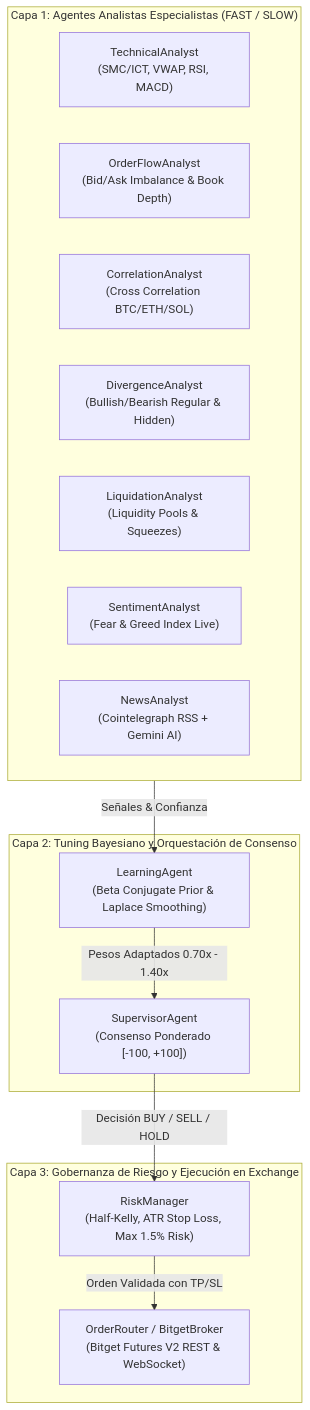
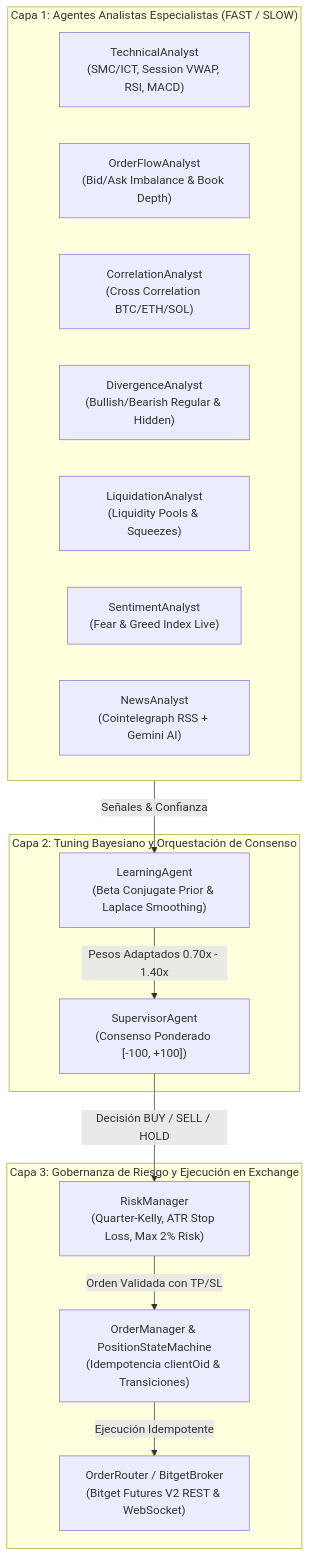
One commit to jsoto-06/Atlas-AI-Trading changed the diagram in README.md. Above: the diagram before and after it, drawn with Mermaid. The commit also changed other lines of this file and 26 other files, not shown here.

Commit message:
fix(audit): complete 12 critical & 9 high fixes, add vitest suite, position state machine, order manager & update readme v2.0.0

````diff
--- a/README.md
+++ b/README.md
@@ -56,27 +76,29 @@
 ```mermaid
 flowchart TD
     subgraph Capa1["Capa 1: Agentes Analistas Especialistas (FAST / SLOW)"]
-        TA["TechnicalAnalyst\n(SMC/ICT, VWAP, RSI, MACD)"]
+        TA["TechnicalAnalyst\n(SMC/ICT, Session VWAP, RSI, MACD)"]
         OF["OrderFlowAnalyst\n(Bid/Ask Imbalance & Book Depth)"]
         CO["CorrelationAnalyst\n(Cross Correlation BTC/ETH/SOL)"]
         DV["DivergenceAnalyst\n(Bullish/Bearish Regular & Hidden)"]
         LQ["LiquidationAnalyst\n(Liquidity Pools & Squeezes)"]
         ST["SentimentAnalyst\n(Fear & Greed Index Live)"]
         NW["NewsAnalyst\n(Cointelegraph RSS + Gemini AI)"]
     end
 
     subgraph Capa2["Capa 2: Tuning Bayesiano y Orquestación de Consenso"]
         LA["LearningAgent\n(Beta Conjugate Prior & Laplace Smoothing)"]
         SA["SupervisorAgent\n(Consenso Ponderado [-100, +100])"]
     end
 
     subgraph Capa3["Capa 3: Gobernanza de Riesgo y Ejecución en Exchange"]
-        RM["RiskManager\n(Half-Kelly, ATR Stop Loss, Max 1.5% Risk)"]
+        RM["RiskManager\n(Quarter-Kelly, ATR Stop Loss, Max 2% Risk)"]
+        OM["OrderManager & PositionStateMachine\n(Idempotencia clientOid & Transiciones)"]
         EX["OrderRouter / BitgetBroker\n(Bitget Futures V2 REST & WebSocket)"]
     end
 
     Capa1 -->|Señales & Confianza| LA
     LA -->|Pesos Adaptados 0.70x - 1.40x| SA
     SA -->|Decisión BUY / SELL / HOLD| RM
-    RM -->|Orden Validada con TP/SL| EX
+    RM -->|Orden Validada con TP/SL| OM
+    OM -->|Ejecución Idempotente| EX
 ```
````
